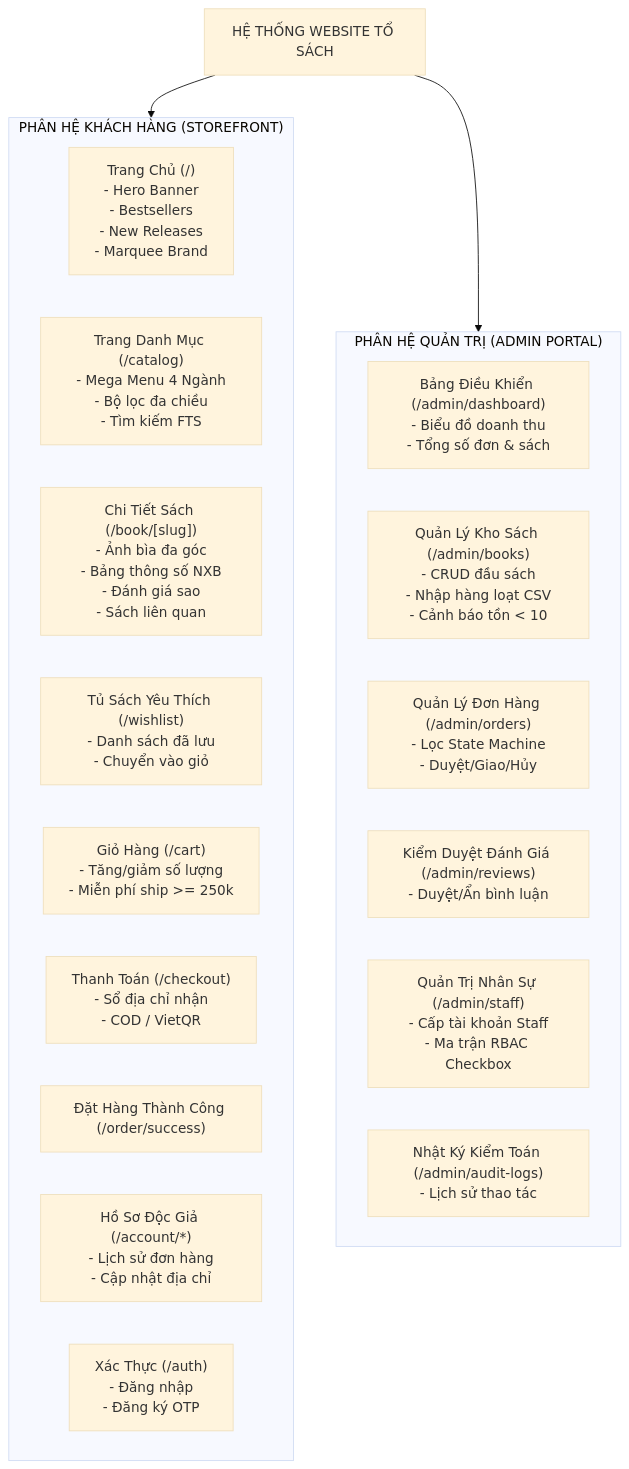
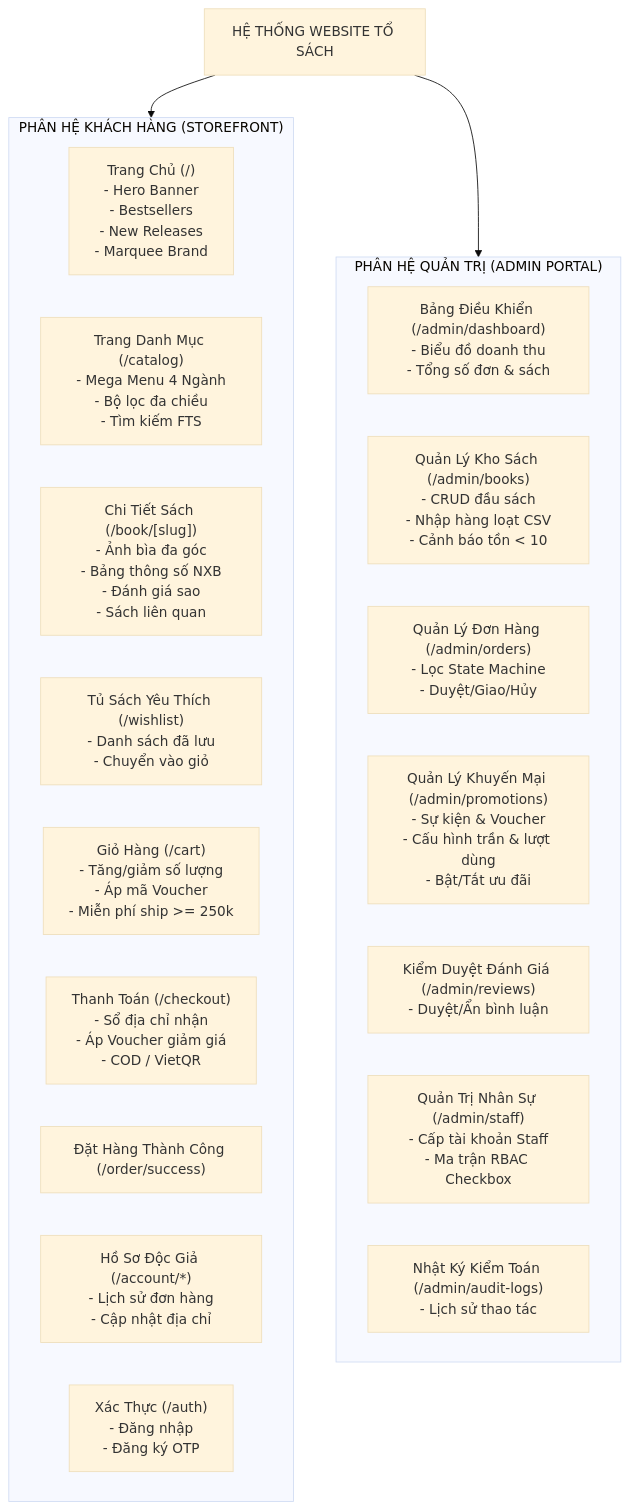
Diagram 25 of 25 in Document_Project.md (Hanh-Dang/DALN-CNTT-1-1-26-N02_To-Sach), drawn with Mermaid (base theme) before and after one commit. The commit also changed other lines of this file and 2 other files, not shown here.

````diff
--- a/Document_Project.md
+++ b/Document_Project.md
@@ -1473,28 +1767,29 @@
 ```mermaid
 graph TD
     Root["HỆ THỐNG WEBSITE TỔ SÁCH"]
 
     subgraph StorefrontPages["PHÂN HỆ KHÁCH HÀNG (STOREFRONT)"]
         Home["Trang Chủ (/)<br/>- Hero Banner<br/>- Bestsellers<br/>- New Releases<br/>- Marquee Brand"]
         Catalog["Trang Danh Mục (/catalog)<br/>- Mega Menu 4 Ngành<br/>- Bộ lọc đa chiều<br/>- Tìm kiếm FTS"]
         BookDetail["Chi Tiết Sách (/book/[slug])<br/>- Ảnh bìa đa góc<br/>- Bảng thông số NXB<br/>- Đánh giá sao<br/>- Sách liên quan"]
         Wishlist["Tủ Sách Yêu Thích (/wishlist)<br/>- Danh sách đã lưu<br/>- Chuyển vào giỏ"]
-        Cart["Giỏ Hàng (/cart)<br/>- Tăng/giảm số lượng<br/>- Miễn phí ship >= 250k"]
-        Checkout["Thanh Toán (/checkout)<br/>- Sổ địa chỉ nhận<br/>- COD / VietQR"]
+        Cart["Giỏ Hàng (/cart)<br/>- Tăng/giảm số lượng<br/>- Áp mã Voucher<br/>- Miễn phí ship >= 250k"]
+        Checkout["Thanh Toán (/checkout)<br/>- Sổ địa chỉ nhận<br/>- Áp Voucher giảm giá<br/>- COD / VietQR"]
         OrderSuccess["Đặt Hàng Thành Công (/order/success)"]
         Account["Hồ Sơ Độc Giả (/account/*)<br/>- Lịch sử đơn hàng<br/>- Cập nhật địa chỉ"]
         Auth["Xác Thực (/auth)<br/>- Đăng nhập<br/>- Đăng ký OTP"]
     end
 
     subgraph AdminPages["PHÂN HỆ QUẢN TRỊ (ADMIN PORTAL)"]
         AdminDashboard["Bảng Điều Khiển (/admin/dashboard)<br/>- Biểu đồ doanh thu<br/>- Tổng số đơn & sách"]
         AdminBooks["Quản Lý Kho Sách (/admin/books)<br/>- CRUD đầu sách<br/>- Nhập hàng loạt CSV<br/>- Cảnh báo tồn < 10"]
         AdminOrders["Quản Lý Đơn Hàng (/admin/orders)<br/>- Lọc State Machine<br/>- Duyệt/Giao/Hủy"]
+        AdminPromotions["Quản Lý Khuyến Mại (/admin/promotions)<br/>- Sự kiện & Voucher<br/>- Cấu hình trần & lượt dùng<br/>- Bật/Tắt ưu đãi"]
         AdminReviews["Kiểm Duyệt Đánh Giá (/admin/reviews)<br/>- Duyệt/Ẩn bình luận"]
         AdminStaff["Quản Trị Nhân Sự (/admin/staff)<br/>- Cấp tài khoản Staff<br/>- Ma trận RBAC Checkbox"]
         AdminAudit["Nhật Ký Kiểm Toán (/admin/audit-logs)<br/>- Lịch sử thao tác"]
     end
 
     Root --> StorefrontPages
     Root --> AdminPages
 ```
````
